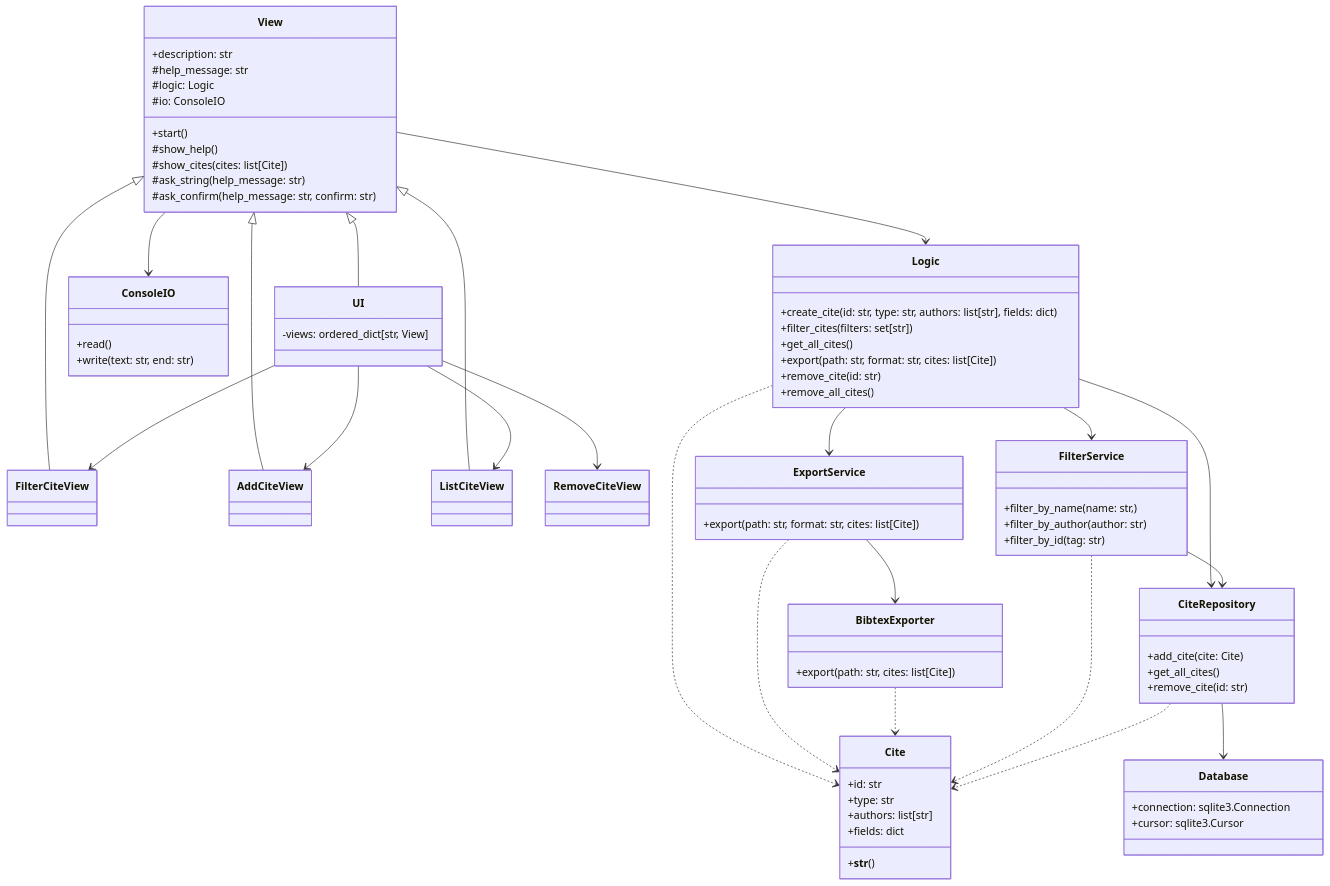
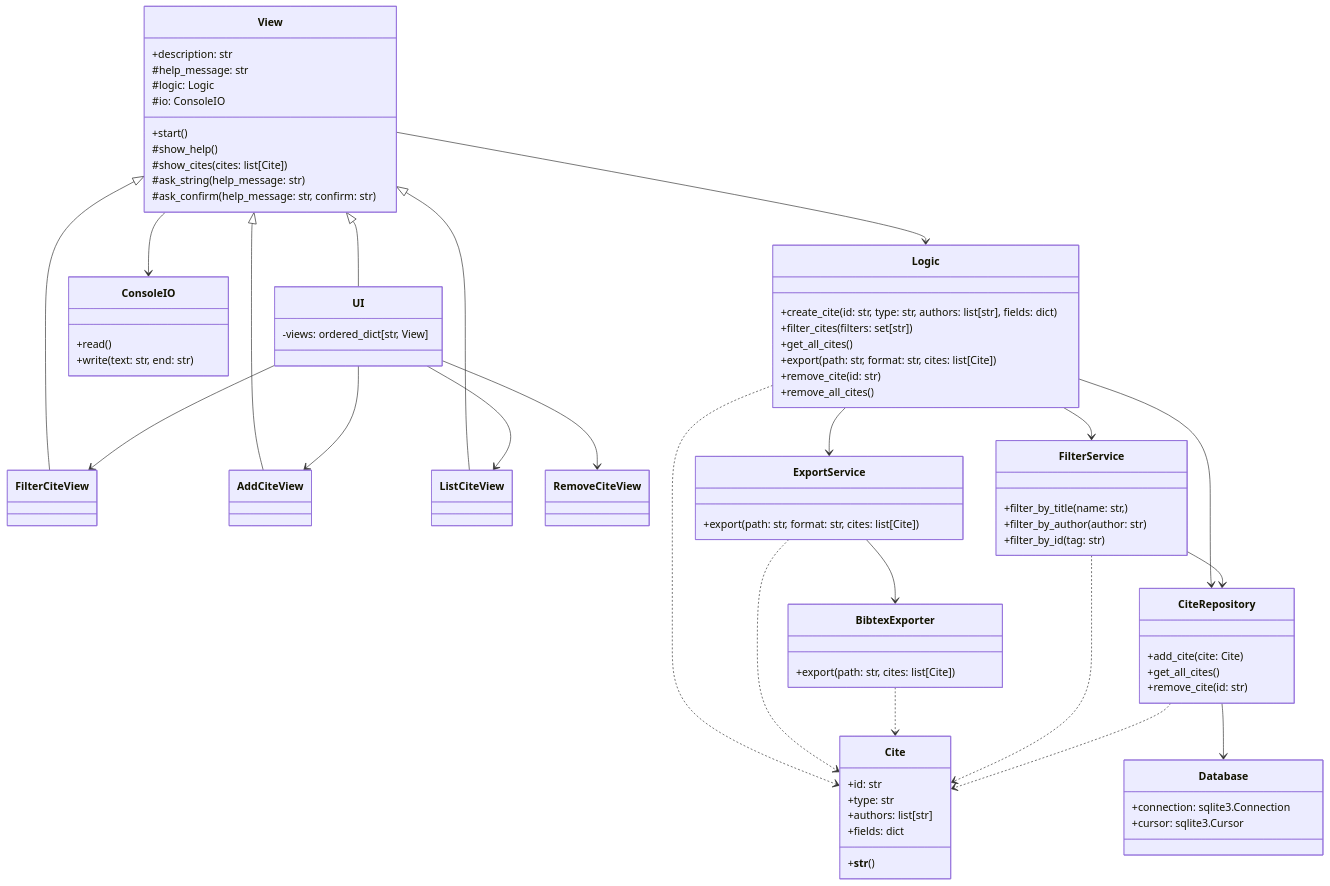
One commit to TheJiahao/ohtu-miniprojekti changed the second of 2 diagrams in docs/arkkitehtuuri.md. Above: the diagram before and after it, drawn with Mermaid. The commit also changed 6 other files, not shown here.

Commit message:
Rename name filter to title

```diff
--- a/docs/arkkitehtuuri.md
+++ b/docs/arkkitehtuuri.md
@@ -109,7 +109,7 @@
 }
 
 class FilterService {
-    +filter_by_name(name: str, )
+    +filter_by_title(name: str, )
     +filter_by_author(author: str)
     +filter_by_id(tag: str)
 }
```
